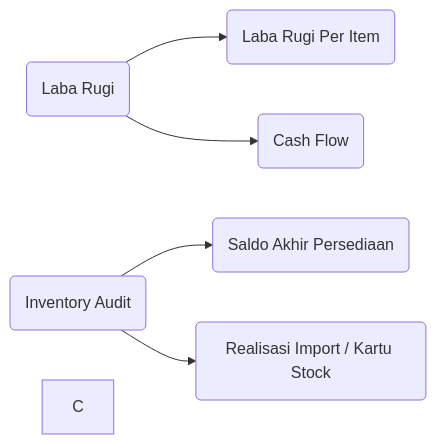
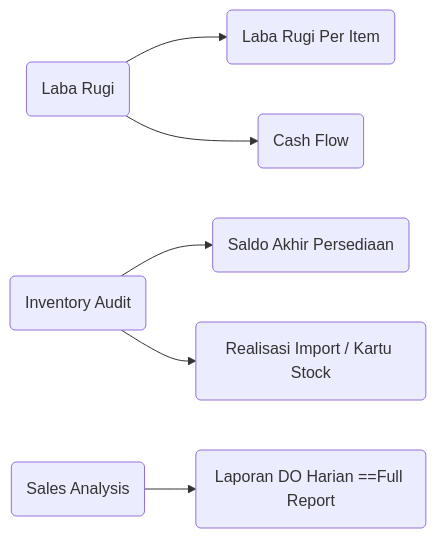
Before and after one commit to andyut/cnw_doc: the diagram in cnw_awr28_doc.md, drawn with Mermaid. The commit also changed other lines of this file, not shown here.

Commit message:
cnw_awr28_doc.md updated from https://stackedit.io/

````diff
--- a/cnw_awr28_doc.md
+++ b/cnw_awr28_doc.md
@@ -17,13 +17,13 @@
 ```mermaid
 graph LR
 A(Laba Rugi) --> A1(Laba Rugi Per Item)
 A --> A2(Cash Flow)
 
 B(Inventory Audit) --> B1(Saldo Akhir Persediaan)
 B --> B2(Realisasi Import / Kartu Stock)
 
-C
+C(Sales Analysis) --> C1(Laporan DO Harian ==Full Report )
 
 
 
 ```
````
